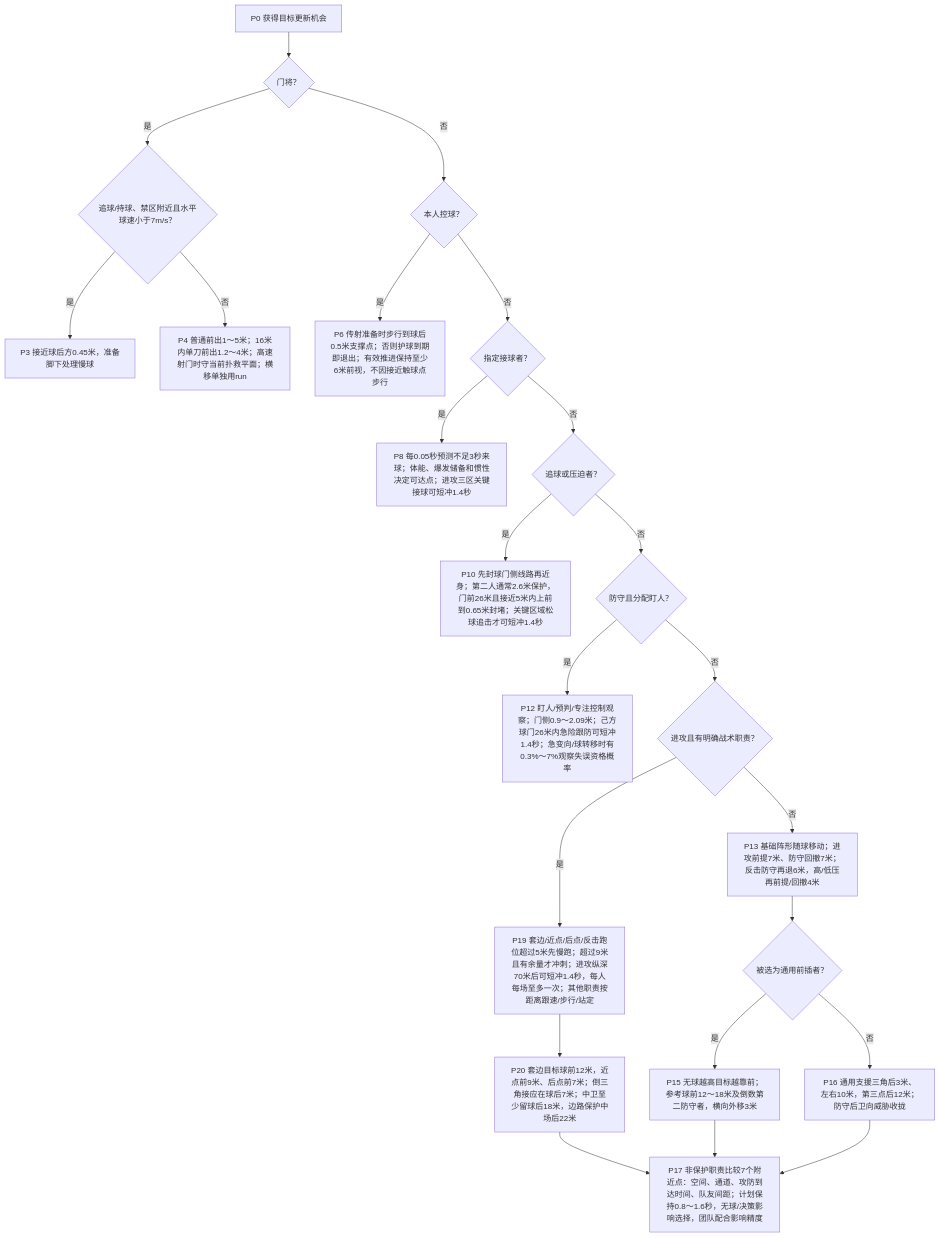
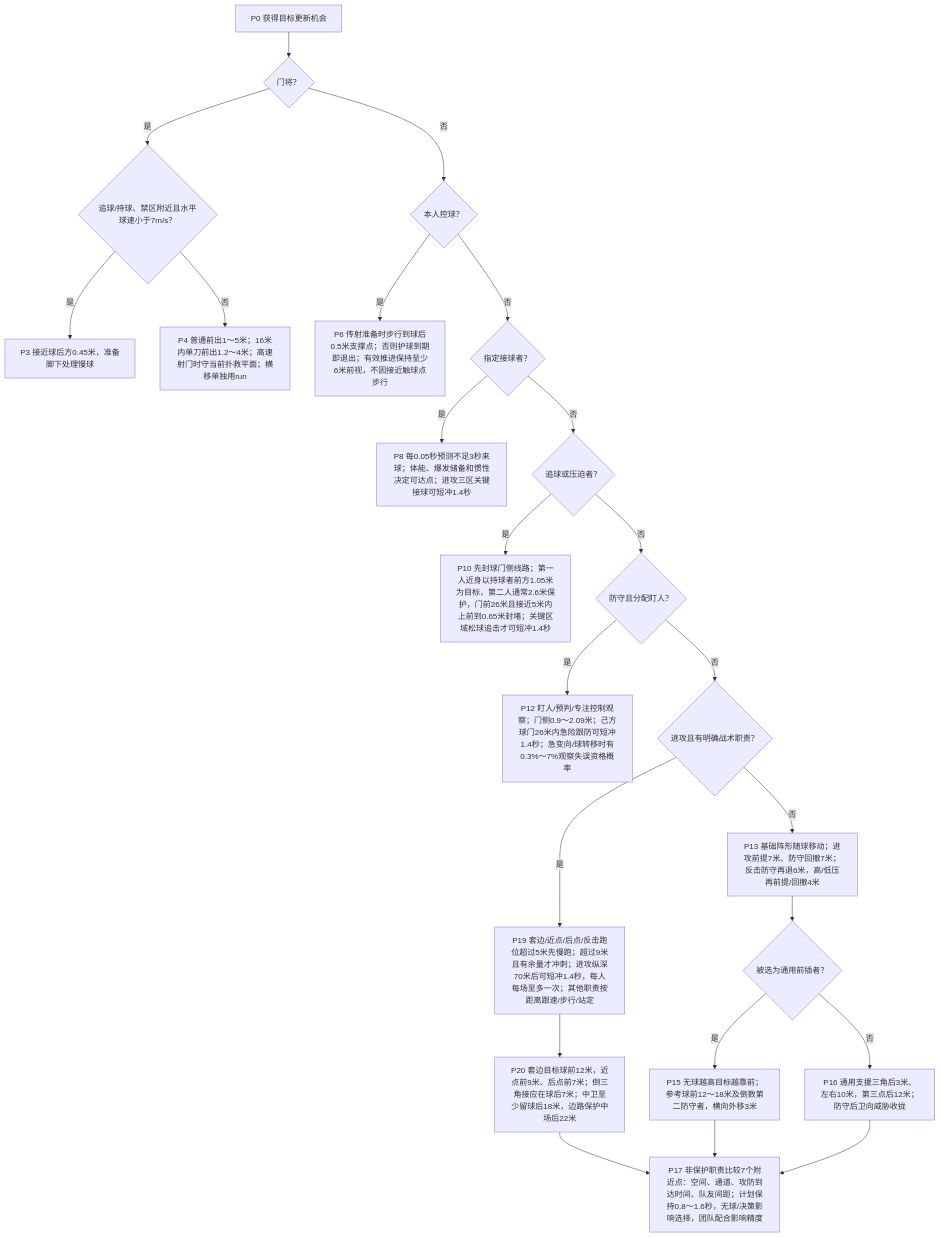
The third of 7 diagrams in packages/shared/modules/matches/design/PLAYER_DECISION_MAP.md (sixu3575/touchline-manager), drawn with Mermaid before and after one commit. The commit also changed other lines of this file and 12 other files, not shown here.

````diff
--- a/packages/shared/modules/matches/design/PLAYER_DECISION_MAP.md
+++ b/packages/shared/modules/matches/design/PLAYER_DECISION_MAP.md
@@ -130,25 +130,25 @@
 ```mermaid
 flowchart TD
   P0["P0 获得目标更新机会"] --> P1{"门将？"}
   P1 -->|是| P2{"追球/持球、禁区附近且水平球速小于7m/s？"}
   P2 -->|是| P3["P3 接近球后方0.45米，准备脚下处理慢球"]
   P2 -->|否| P4["P4 普通前出1～5米；16米内单刀前出1.2～4米；高速射门时守当前扑救平面；横移单独用run"]
   P1 -->|否| P5{"本人控球？"}
   P5 -->|是| P6["P6 传射准备时步行到球后0.5米支撑点；否则护球到期即退出；有效推进保持至少6米前视，不因接近触球点步行"]
   P5 -->|否| P7{"指定接球者？"}
   P7 -->|是| P8["P8 每0.05秒预测不足3秒来球；体能、爆发储备和惯性决定可达点；进攻三区关键接球可短冲1.4秒"]
   P7 -->|否| P9{"追球或压迫者？"}
-  P9 -->|是| P10["P10 先封球门侧线路再近身；第二人通常2.6米保护，门前26米且接近5米内上前到0.65米封堵；关键区域松球追击才可短冲1.4秒"]
+  P9 -->|是| P10["P10 先封球门侧线路；第一人近身以持球者前方1.05米为目标，第二人通常2.6米保护，门前26米且接近5米内上前到0.65米封堵；关键区域松球追击才可短冲1.4秒"]
   P9 -->|否| P11{"防守且分配盯人？"}
   P11 -->|是| P12["P12 盯人/预判/专注控制观察；门侧0.9～2.09米；己方球门26米内急险跟防可短冲1.4秒；急变向/球转移时有0.3%～7%观察失误资格概率"]
   P11 -->|否| P18{"进攻且有明确战术职责？"}
   P18 -->|是| P19["P19 套边/近点/后点/反击跑位超过5米先慢跑；超过9米且有余量才冲刺；进攻纵深70米后可短冲1.4秒，每人每场至多一次；其他职责按距离跟速/步行/站定"]
   P19 --> P20["P20 套边目标球前12米，近点前9米、后点前7米；倒三角接应在球后7米；中卫至少留球后18米，边路保护中场后22米"]
   P20 --> P17["P17 非保护职责比较7个附近点：空间、通道、攻防到达时间、队友间距；计划保持0.8～1.6秒，无球/决策影响选择，团队配合影响精度"]
   P18 -->|否| P13["P13 基础阵形随球移动；进攻前提7米、防守回撤7米；反击防守再退6米，高/低压再前提/回撤4米"]
   P13 --> P14{"被选为通用前插者？"}
   P14 -->|是| P15["P15 无球越高目标越靠前；参考球前12～18米及倒数第二防守者，横向外移3米"]
   P14 -->|否| P16["P16 通用支援三角后3米、左右10米，第三点后12米；防守后卫向威胁收拢"]
   P15 --> P17
   P16 --> P17
 ```
````
